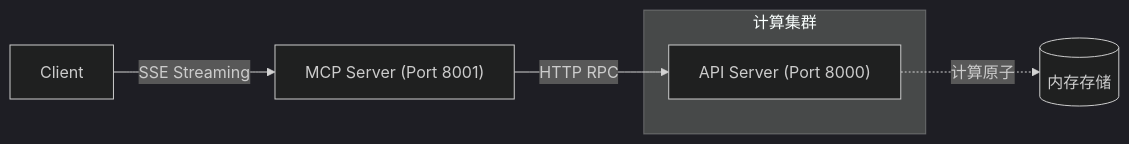
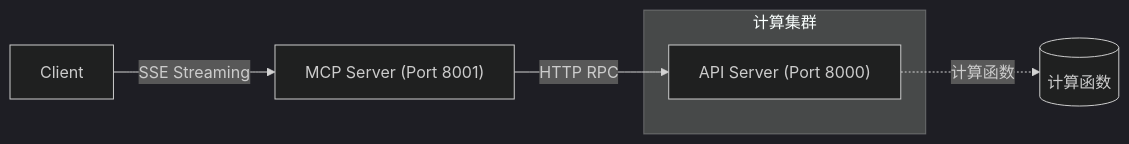
The diagram in README.md (uoky5217/Mcp-Server-Study), drawn with Mermaid (dark theme) before and after one commit.

````diff
--- a/README.md
+++ b/README.md
@@ -11,10 +11,10 @@
 ```mermaid
 graph LR
     Client-->|SSE Streaming| MCP_Server["MCP Server (Port 8001)"]
     MCP_Server-->|HTTP RPC| API_Server["API Server (Port 8000)"]
-    API_Server-.->|计算原子| DB[(内存存储)]
+    API_Server-.->|计算函数| FUNC[(计算函数)]
     
     subgraph 计算集群
         API_Server
     end
 ```
````
